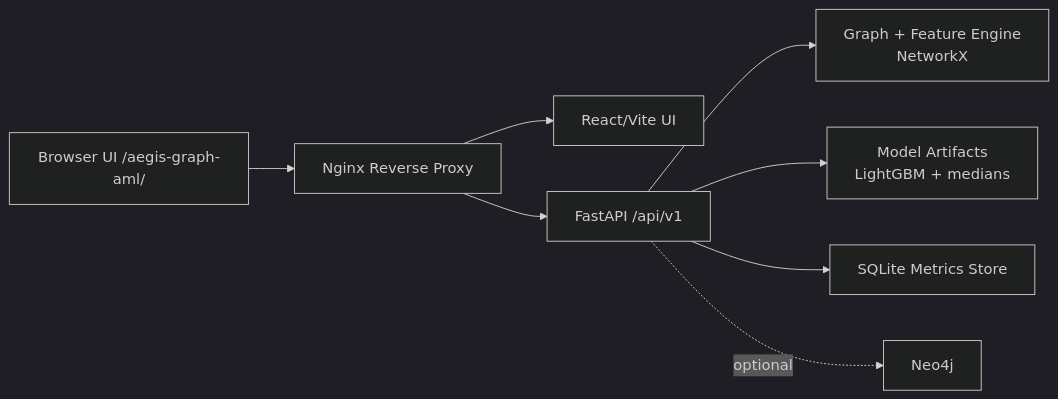
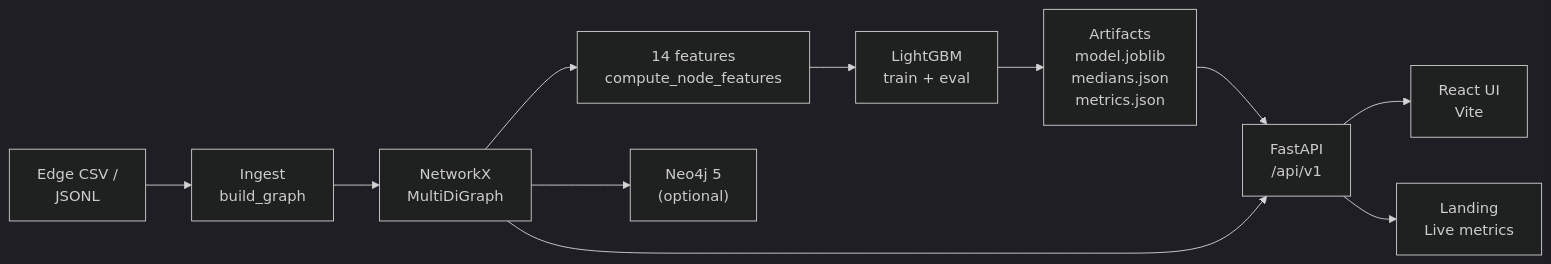
Before and after one commit to stelioszach03/aml-graph-investigator: the diagram in README.md, drawn with Mermaid (dark theme). The commit also changed other lines of this file and 1 other file, not shown here.

````diff
--- a/README.md
+++ b/README.md
@@ -16,10 +43,13 @@
 ```mermaid
 flowchart LR
-    A[Browser UI /aegis-graph-aml/] --> B[Nginx Reverse Proxy]
-    B --> C[React/Vite UI]
-    B --> D[FastAPI /api/v1]
-    D --> E[Graph + Feature Engine<br/>NetworkX]
-    D --> F[Model Artifacts<br/>LightGBM + medians]
-    D --> G[SQLite Metrics Store]
-    D -. optional .-> H[Neo4j]
+    A["Edge CSV /<br/>JSONL"] --> B["Ingest<br/>build_graph"]
+    B --> C["NetworkX<br/>MultiDiGraph"]
+    C --> D["14 features<br/>compute_node_features"]
+    D --> E["LightGBM<br/>train + eval"]
+    E --> F["Artifacts<br/>model.joblib<br/>medians.json<br/>metrics.json"]
+    C --> G["Neo4j 5<br/>(optional)"]
+    F --> H["FastAPI<br/>/api/v1"]
+    C --> H
+    H --> I["React UI<br/>Vite"]
+    H --> J["Landing<br/>Live metrics"]
 ```
````
